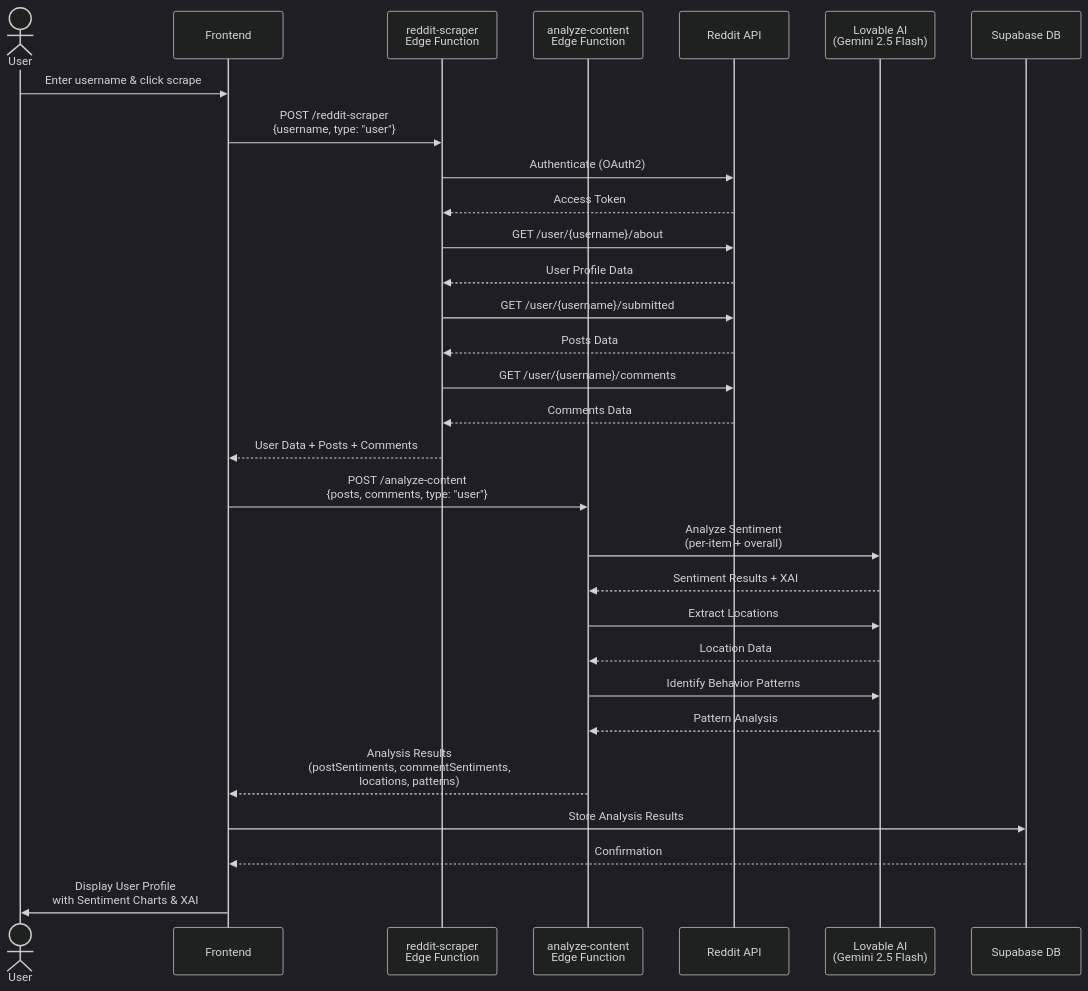
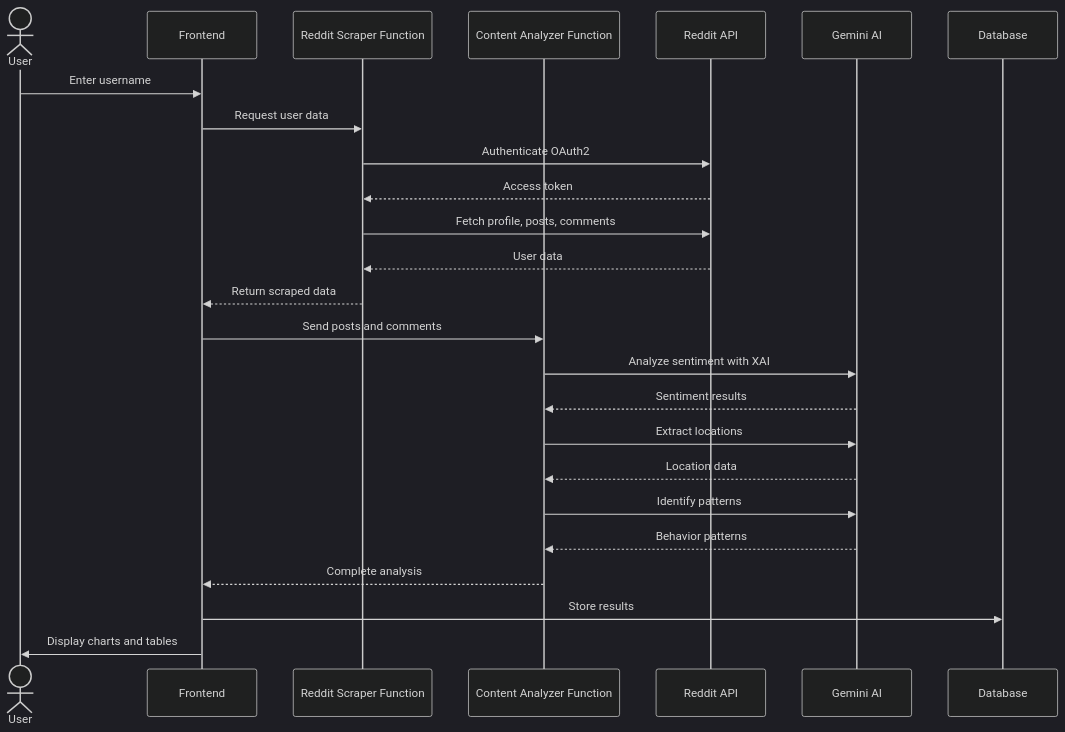
One commit to Andy-Alferdo/reddit-sleuth-forensics-web changed the first of 3 diagrams in diagrams/sequence-diagram.md. Above: the diagram before and after it, drawn with Mermaid (dark theme). The commit also changed other lines of this file and 3 other files, not shown here.

Commit message:
Fix diagram code

````diff
--- a/diagrams/sequence-diagram.md
+++ b/diagrams/sequence-diagram.md
@@ -7,45 +7,30 @@
 ```mermaid
 sequenceDiagram
     actor User
     participant Frontend
-    participant RedditScraper as reddit-scraper<br/>Edge Function
-    participant AnalyzeContent as analyze-content<br/>Edge Function
-    participant RedditAPI as Reddit API
-    participant LovableAI as Lovable AI<br/>(Gemini 2.5 Flash)
-    participant Database as Supabase DB
+    participant Scraper as Reddit Scraper Function
+    participant Analyzer as Content Analyzer Function
+    participant Reddit as Reddit API
+    participant AI as Gemini AI
+    participant DB as Database
     
-    User->>Frontend: Enter username & click scrape
-    Frontend->>RedditScraper: POST /reddit-scraper<br/>{username, type: "user"}
+    User->>Frontend: Enter username
+    Frontend->>Scraper: Request user data
+    Scraper->>Reddit: Authenticate OAuth2
+    Reddit-->>Scraper: Access token
+    Scraper->>Reddit: Fetch profile, posts, comments
+    Reddit-->>Scraper: User data
+    Scraper-->>Frontend: Return scraped data
     
-    RedditScraper->>RedditAPI: Authenticate (OAuth2)
-    RedditAPI-->>RedditScraper: Access Token
+    Frontend->>Analyzer: Send posts and comments
+    Analyzer->>AI: Analyze sentiment with XAI
+    AI-->>Analyzer: Sentiment results
+    Analyzer->>AI: Extract locations
+    AI-->>Analyzer: Location data
+    Analyzer->>AI: Identify patterns
+    AI-->>Analyzer: Behavior patterns
+    Analyzer-->>Frontend: Complete analysis
     
-    RedditScraper->>RedditAPI: GET /user/{username}/about
-    RedditAPI-->>RedditScraper: User Profile Data
-    
-    RedditScraper->>RedditAPI: GET /user/{username}/submitted
-    RedditAPI-->>RedditScraper: Posts Data
-    
-    RedditScraper->>RedditAPI: GET /user/{username}/comments
-    RedditAPI-->>RedditScraper: Comments Data
-    
-    RedditScraper-->>Frontend: User Data + Posts + Comments
-    
-    Frontend->>AnalyzeContent: POST /analyze-content<br/>{posts, comments, type: "user"}
-    
-    AnalyzeContent->>LovableAI: Analyze Sentiment<br/>(per-item + overall)
-    LovableAI-->>AnalyzeContent: Sentiment Results + XAI
-    
-    AnalyzeContent->>LovableAI: Extract Locations
-    LovableAI-->>AnalyzeContent: Location Data
-    
-    AnalyzeContent->>LovableAI: Identify Behavior Patterns
-    LovableAI-->>AnalyzeContent: Pattern Analysis
-    
-    AnalyzeContent-->>Frontend: Analysis Results<br/>(postSentiments, commentSentiments,<br/>locations, patterns)
-    
-    Frontend->>Database: Store Analysis Results
-    Database-->>Frontend: Confirmation
-    
-    Frontend->>User: Display User Profile<br/>with Sentiment Charts & XAI
+    Frontend->>DB: Store results
+    Frontend->>User: Display charts and tables
 ```
````
